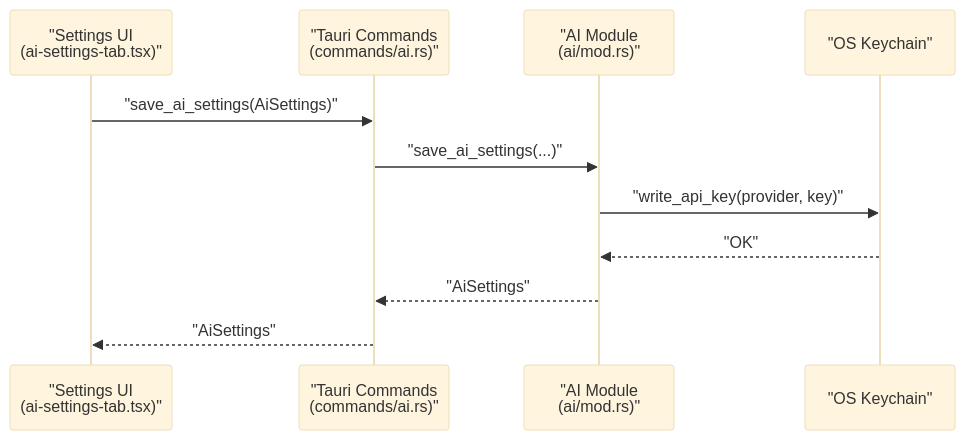
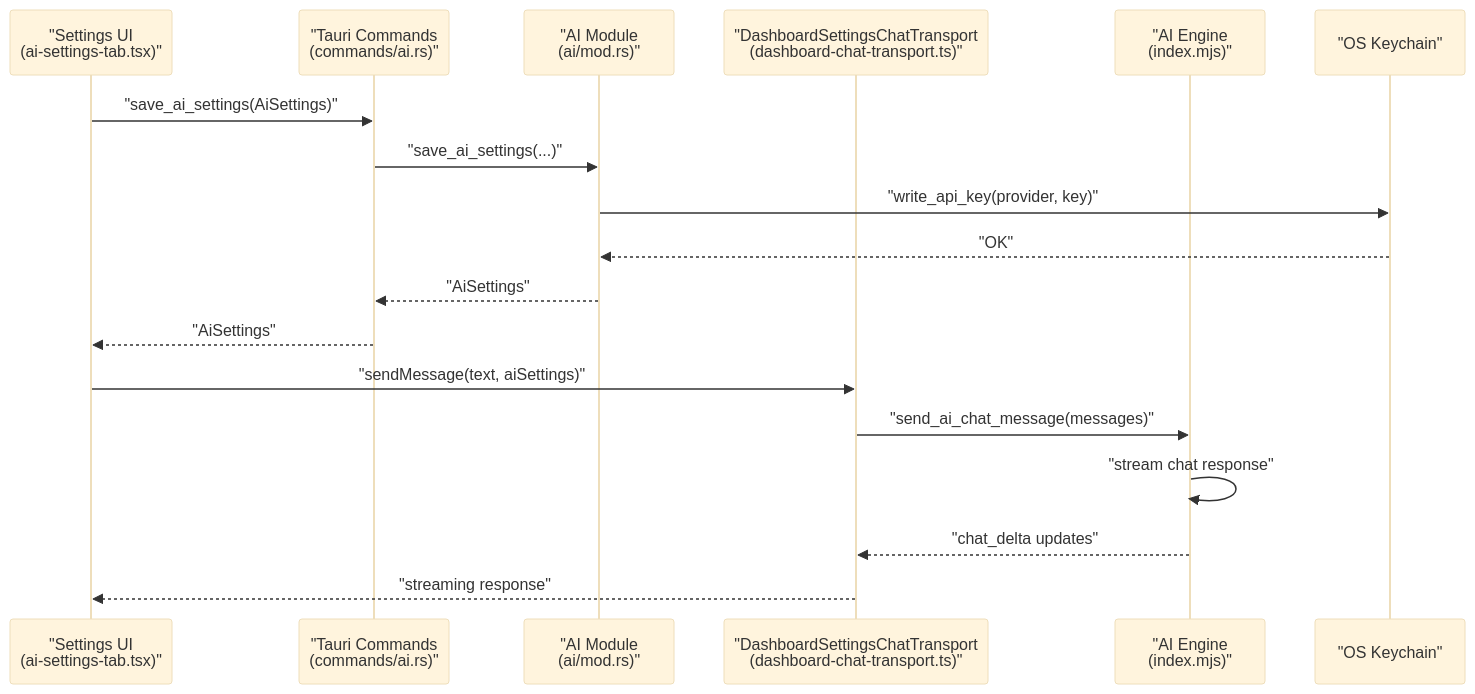
One commit to arhamymr/hexbuffer changed the second of 11 diagrams in .qoder/repowiki/en/content/AI Integration/AI Integration.md. Above: the diagram before and after it, drawn with Mermaid (base theme). The commit also changed other lines of this file and 21 other files, not shown here.

````diff
--- a/.qoder/repowiki/en/content/AI Integration/AI Integration.md
+++ b/.qoder/repowiki/en/content/AI Integration/AI Integration.md
@@ -130,13 +229,20 @@
 ```mermaid
 sequenceDiagram
 participant UI as "Settings UI<br/>(ai-settings-tab.tsx)"
 participant Tauri as "Tauri Commands<br/>(commands/ai.rs)"
 participant Rust as "AI Module<br/>(ai/mod.rs)"
+participant Transport as "DashboardSettingsChatTransport<br/>(dashboard-chat-transport.ts)"
+participant Engine as "AI Engine<br/>(index.mjs)"
 participant OS as "OS Keychain"
 UI->>Tauri : "save_ai_settings(AiSettings)"
 Tauri->>Rust : "save_ai_settings(...)"
 Rust->>OS : "write_api_key(provider, key)"
 OS-->>Rust : "OK"
 Rust-->>Tauri : "AiSettings"
 Tauri-->>UI : "AiSettings"
+UI->>Transport : "sendMessage(text, aiSettings)"
+Transport->>Engine : "send_ai_chat_message(messages)"
+Engine->>Engine : "stream chat response"
+Engine-->>Transport : "chat_delta updates"
+Transport-->>UI : "streaming response"
 ```
````
